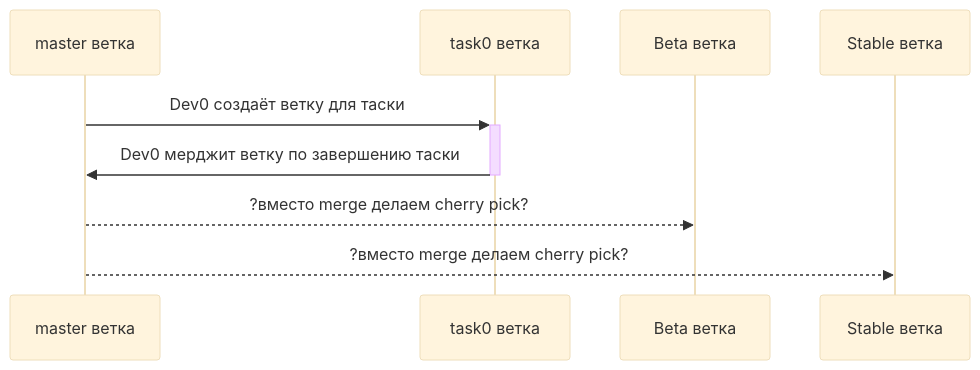
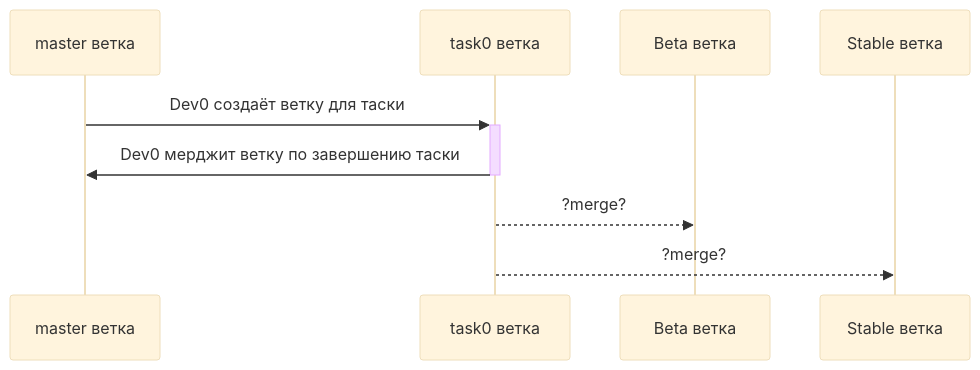
One commit to EvgenBuiko/obsidian-dg-notes changed the second of 2 diagrams in src/site/notes/Public/posts/post4.md. Above: the diagram before and after it, drawn with Mermaid (base theme). The commit also changed other lines of this file and 4 other files, not shown here.

````diff
--- a/src/site/notes/Public/posts/post4.md
+++ b/src/site/notes/Public/posts/post4.md
@@ -30,7 +30,7 @@
 ```mermaid
 sequenceDiagram
 	master ветка->>+task0 ветка: Dev0 создаёт ветку для таски
 	task0 ветка->>-master ветка: Dev0 мерджит ветку по завершению таски
-	master ветка-->>Beta ветка: ?вместо merge делаем cherry pick?
-	master ветка-->>Stable ветка: ?вместо merge делаем cherry pick?
+	task0 ветка-->>Beta ветка: ?merge?
+	task0 ветка-->>Stable ветка: ?merge?
 ```
````
